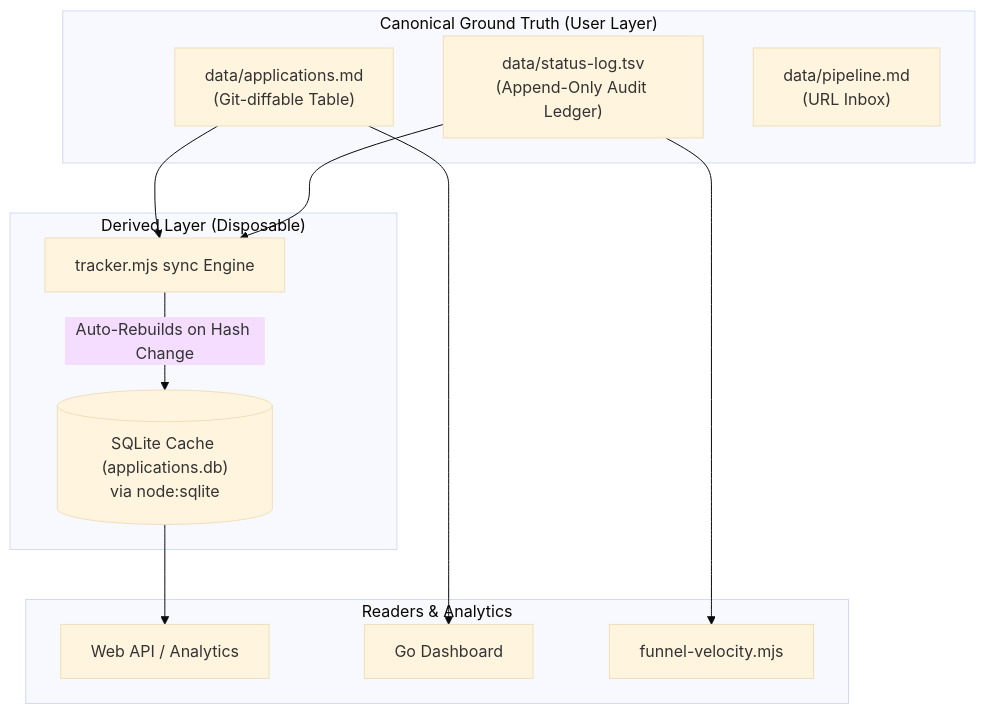
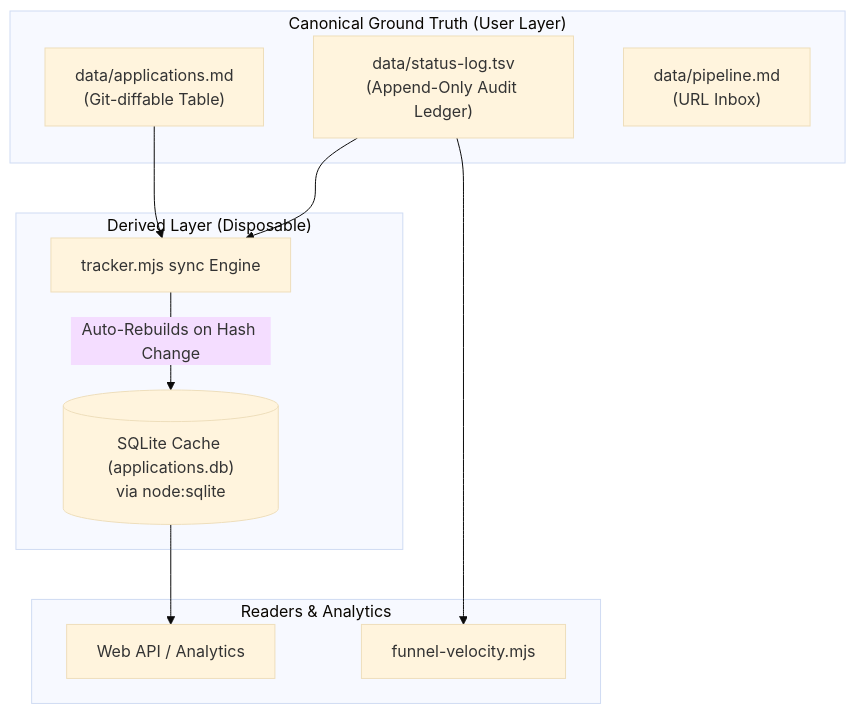
One commit to CJCreator/Jobs_Automated changed the diagram in packages/engine/docs/architecture/DatabaseArchitecture.md. Above: the diagram before and after it, drawn with Mermaid (base theme). The commit also changed 55 other files, not shown here.

````diff
--- a/packages/engine/docs/architecture/DatabaseArchitecture.md
+++ b/packages/engine/docs/architecture/DatabaseArchitecture.md
@@ -14,30 +14,28 @@
 ```mermaid
 flowchart TD
     subgraph GroundTruth ["Canonical Ground Truth (User Layer)"]
         MDTable["data/applications.md
 (Git-diffable Table)"]
         TSVLedger["data/status-log.tsv
 (Append-Only Audit Ledger)"]
         PipelineMD["data/pipeline.md
 (URL Inbox)"]
     end
 
     subgraph DerivedCache ["Derived Layer (Disposable)"]
         SyncEngine["tracker.mjs sync Engine"]
         SQLiteDB[("SQLite Cache (applications.db)
 via node:sqlite")]
     end
 
     subgraph Consumers ["Readers & Analytics"]
         WebReader["Web API / Analytics"]
-        TUIReader["Go Dashboard"]
         FunnelEngine["funnel-velocity.mjs"]
     end
 
     MDTable --> SyncEngine
     TSVLedger --> SyncEngine
     SyncEngine -->|Auto-Rebuilds on Hash Change| SQLiteDB
     SQLiteDB --> WebReader
-    MDTable --> TUIReader
     TSVLedger --> FunnelEngine
 ```
````
